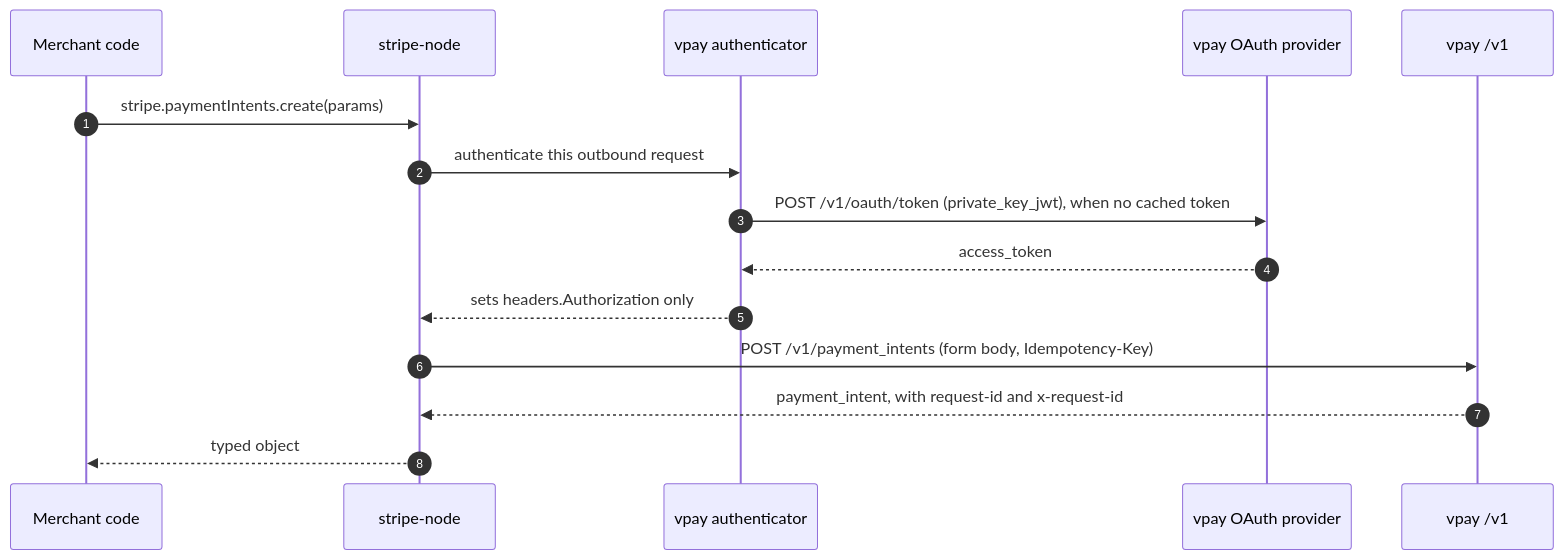
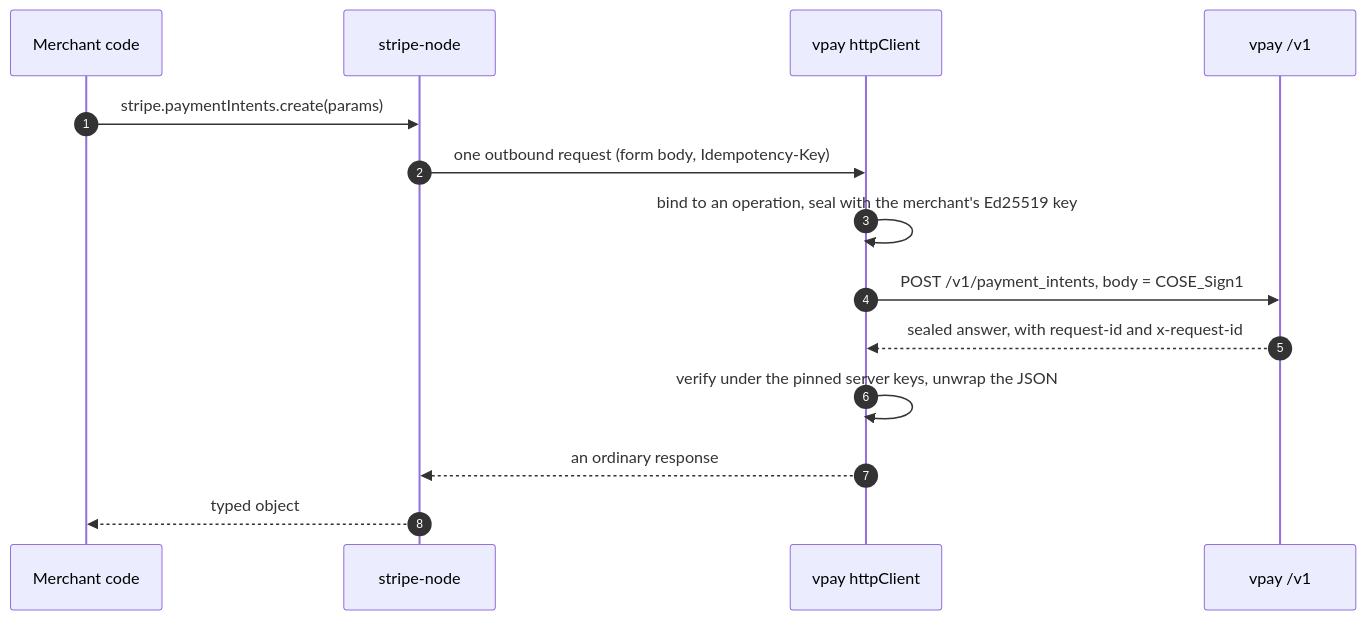
Before and after one commit to vaam-apps/vpay-docs: the diagram in docs/api/stripe-compat.md, drawn with Mermaid. The commit also changed other lines of this file and 29 other files, not shown here.

````diff
--- a/docs/api/stripe-compat.md
+++ b/docs/api/stripe-compat.md
@@ -67,17 +91,16 @@
 ```mermaid
 sequenceDiagram
   autonumber
   participant App as Merchant code
   participant S as stripe-node
-  participant A as vpay authenticator
-  participant OP as vpay OAuth provider
+  participant H as vpay httpClient
   participant V as vpay /v1
   App->>S: stripe.paymentIntents.create(params)
-  S->>A: authenticate this outbound request
-  A->>OP: POST /v1/oauth/token (private_key_jwt), when no cached token
-  OP-->>A: access_token
-  A-->>S: sets headers.Authorization only
-  S->>V: POST /v1/payment_intents (form body, Idempotency-Key)
-  V-->>S: payment_intent, with request-id and x-request-id
+  S->>H: one outbound request (form body, Idempotency-Key)
+  H->>H: bind to an operation, seal with the merchant's Ed25519 key
+  H->>V: POST /v1/payment_intents, body = COSE_Sign1
+  V-->>H: sealed answer, with request-id and x-request-id
+  H->>H: verify under the pinned server keys, unwrap the JSON
+  H-->>S: an ordinary response
   S-->>App: typed object
 ```
````
